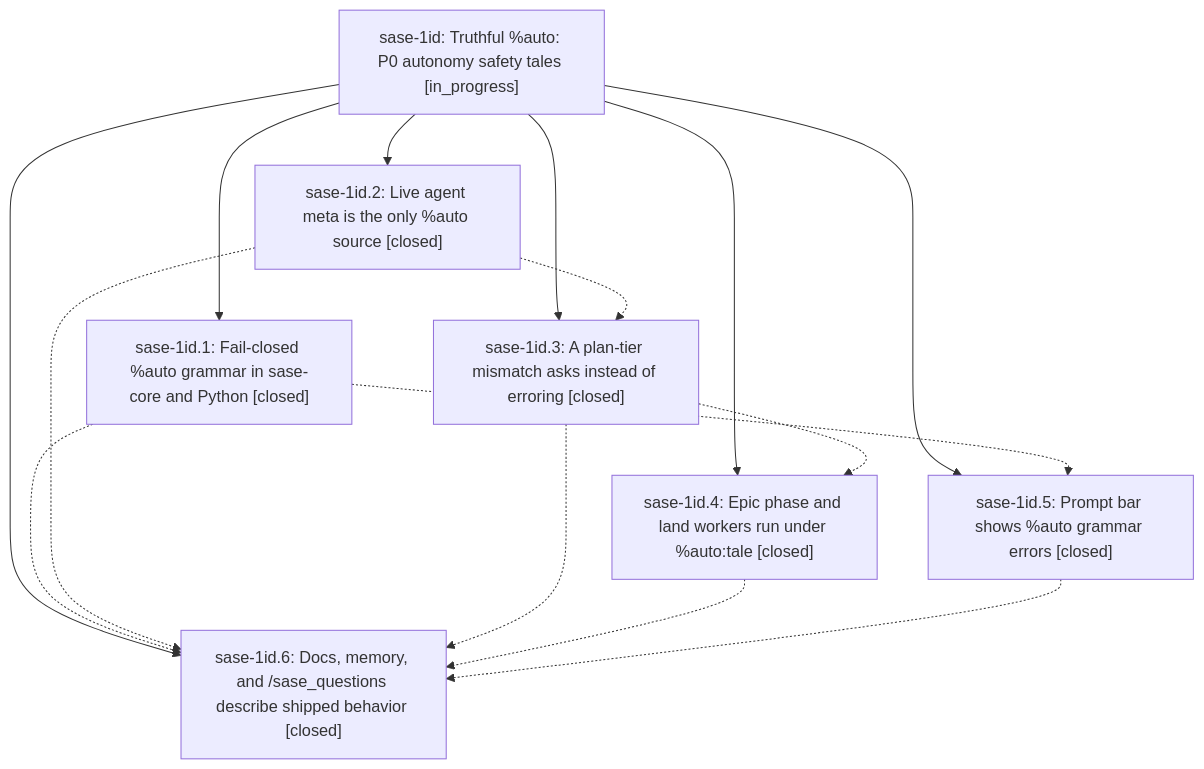
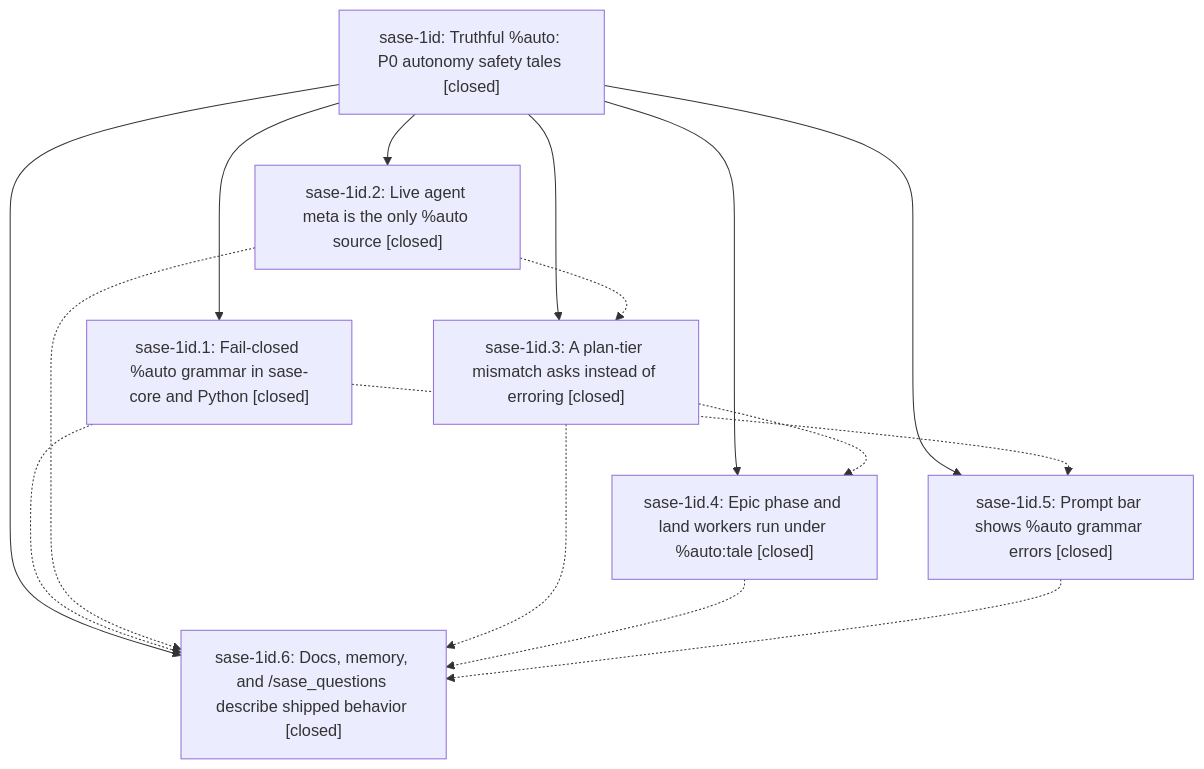
Before and after one commit to sase-org/sase--beads: the diagram in pages/sase-1id/README.md, drawn with Mermaid. The commit also changed other lines of this file and 1 other file, not shown here.

First line of the commit message:
chore(beads): sync bead state and pages for sase-1id

````diff
--- a/pages/sase-1id/README.md
+++ b/pages/sase-1id/README.md
@@ -41,24 +55,24 @@
 ```mermaid
 flowchart TD
-    n0["sase-1id: Truthful %auto: P0 autonomy safety tales [in_progress]"]
+    n0["sase-1id: Truthful %auto: P0 autonomy safety tales [closed]"]
     n1["sase-1id.1: Fail-closed %auto grammar in sase-core and Python [closed]"]
     n2["sase-1id.2: Live agent meta is the only %auto source [closed]"]
     n3["sase-1id.3: A plan-tier mismatch asks instead of erroring [closed]"]
     n4["sase-1id.4: Epic phase and land workers run under %auto:tale [closed]"]
     n5["sase-1id.5: Prompt bar shows %auto grammar errors [closed]"]
     n6["sase-1id.6: Docs, memory, and /sase_questions describe shipped behavior [closed]"]
     n0 --> n1
     n0 --> n2
     n0 --> n3
     n0 --> n4
     n0 --> n5
     n0 --> n6
     n1 -.-> n5
     n1 -.-> n6
     n2 -.-> n3
     n2 -.-> n6
     n3 -.-> n4
     n3 -.-> n6
     n4 -.-> n6
     n5 -.-> n6
 ```
````
